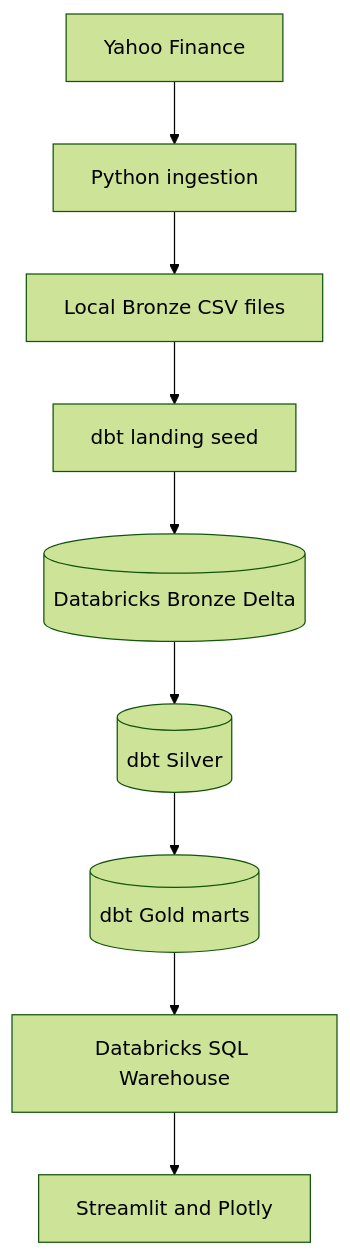
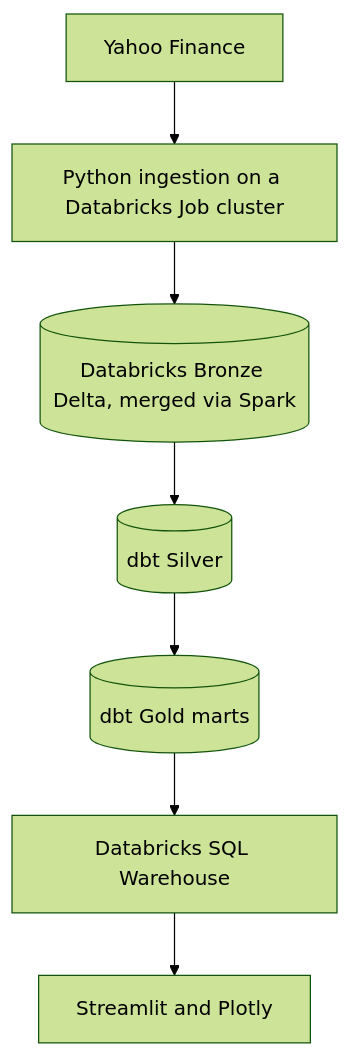
One commit to Hamza-Abbas/ETF-Market-Intelligence-Pipeline changed the diagram in README.md. Above: the diagram before and after it, drawn with Mermaid (forest theme). The commit also changed other lines of this file and 11 other files, not shown here.

````diff
--- a/README.md
+++ b/README.md
@@ -49,11 +50,9 @@
 ```mermaid
 flowchart TD
-    A[Yahoo Finance] --> B[Python ingestion]
-    B --> C[Local Bronze CSV files]
-    C --> D[dbt landing seed]
-    D --> E[(Databricks Bronze Delta)]
-    E --> F[(dbt Silver)]
-    F --> G[(dbt Gold marts)]
-    G --> H[Databricks SQL Warehouse]
-    H --> I[Streamlit and Plotly]
+    A[Yahoo Finance] --> B[Python ingestion on a Databricks Job cluster]
+    B --> C[(Databricks Bronze Delta, merged via Spark)]
+    C --> D[(dbt Silver)]
+    D --> E[(dbt Gold marts)]
+    E --> F[Databricks SQL Warehouse]
+    F --> G[Streamlit and Plotly]
 ```
````
